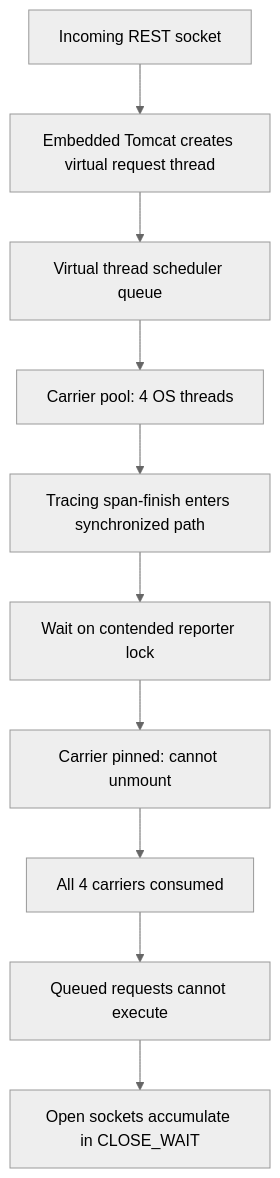
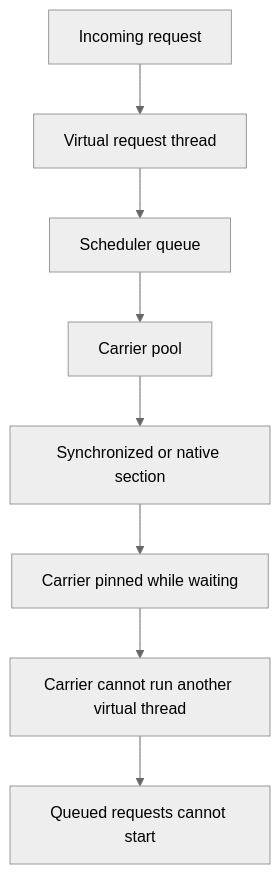
The diagram in book/cases/netflix-java21-virtual-thread-pinning.md (rouslanbaranov/tycho), drawn with Mermaid (neutral theme) before and after one commit. The commit also changed other lines of this file and 1 other file, not shown here.

````diff
--- a/book/cases/netflix-java21-virtual-thread-pinning.md
+++ b/book/cases/netflix-java21-virtual-thread-pinning.md
@@ -61,12 +86,10 @@
 ```mermaid
 flowchart TD
-  A[Incoming REST socket] --> T[Embedded Tomcat creates virtual request thread]
-  T --> Q[Virtual thread scheduler queue]
-  Q --> C[Carrier pool: 4 OS threads]
-  C --> L[Tracing span-finish enters synchronized path]
-  L --> W[Wait on contended reporter lock]
-  W --> P[Carrier pinned: cannot unmount]
-  P --> X[All 4 carriers consumed]
-  X --> Y[Queued requests cannot execute]
-  Y --> Z[Open sockets accumulate in CLOSE_WAIT]
+  A[Incoming request] --> T[Virtual request thread]
+  T --> Q[Scheduler queue]
+  Q --> C[Carrier pool]
+  C --> L[Synchronized or native section]
+  L --> P[Carrier pinned while waiting]
+  P --> X[Carrier cannot run another virtual thread]
+  X --> Y[Queued requests cannot start]
 ```
````
